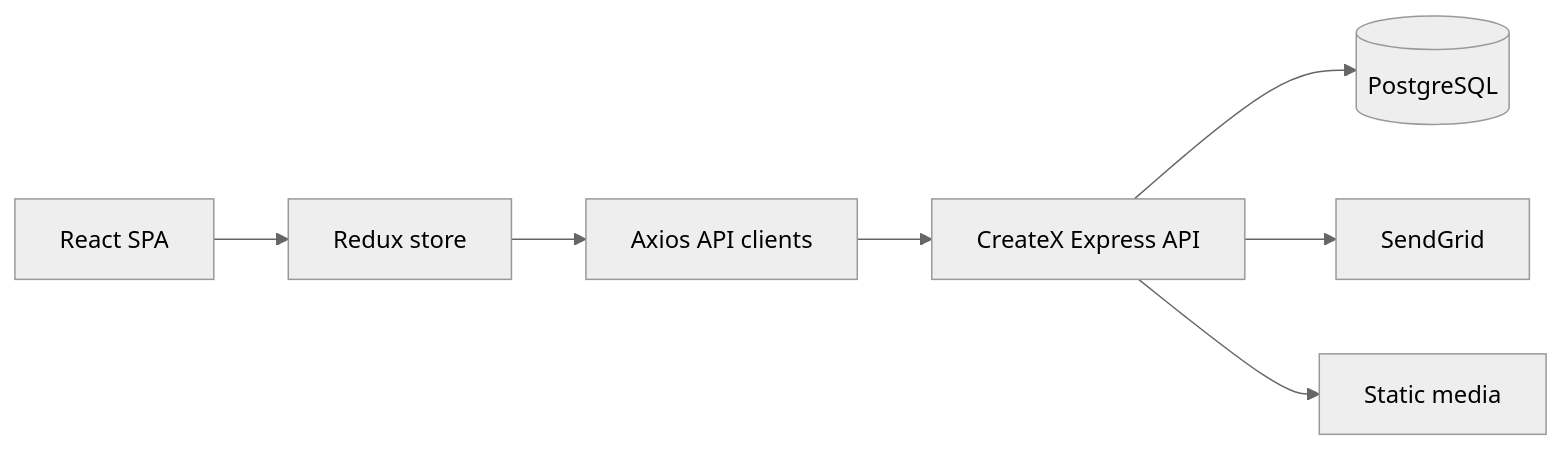
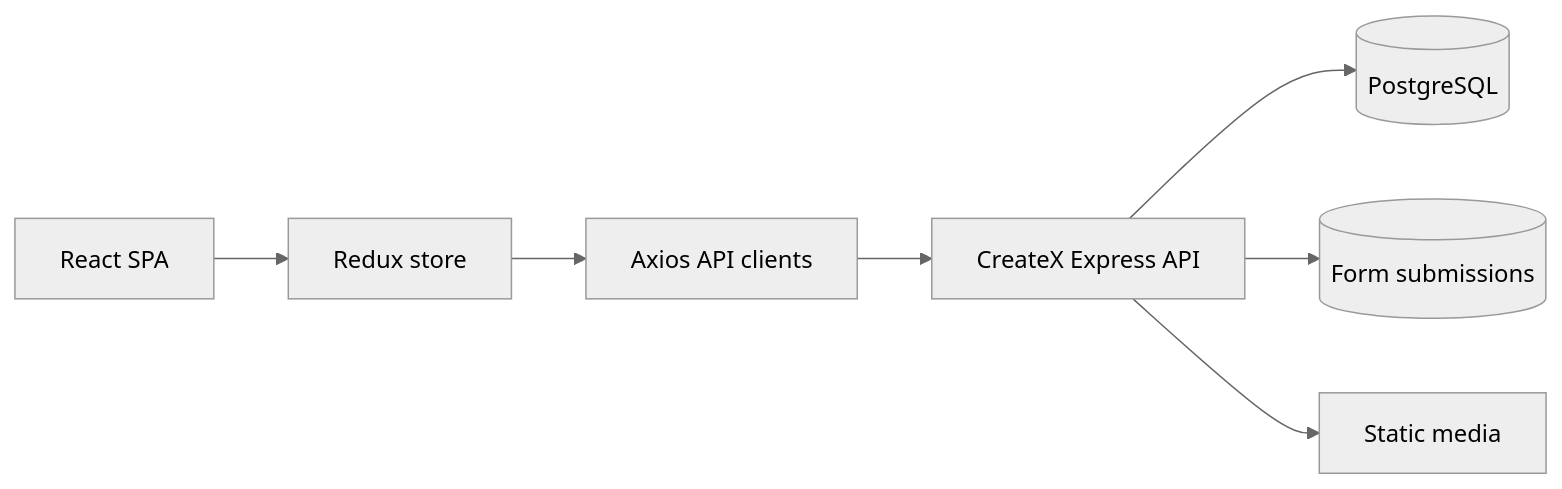
One commit to Kotyarya/CreateX changed the diagram in README.md. Above: the diagram before and after it, drawn with Mermaid (neutral theme). The commit also changed other lines of this file, not shown here.

````diff
--- a/README.md
+++ b/README.md
@@ -60,9 +64,9 @@
 ```mermaid
 flowchart LR
   Browser[React SPA] --> Store[Redux store]
   Store --> API[Axios API clients]
   API --> Server[CreateX Express API]
   Server --> DB[(PostgreSQL)]
-  Server --> Mail[SendGrid]
+  Server --> Forms[(Form submissions)]
   Server --> Media[Static media]
 ```
````
